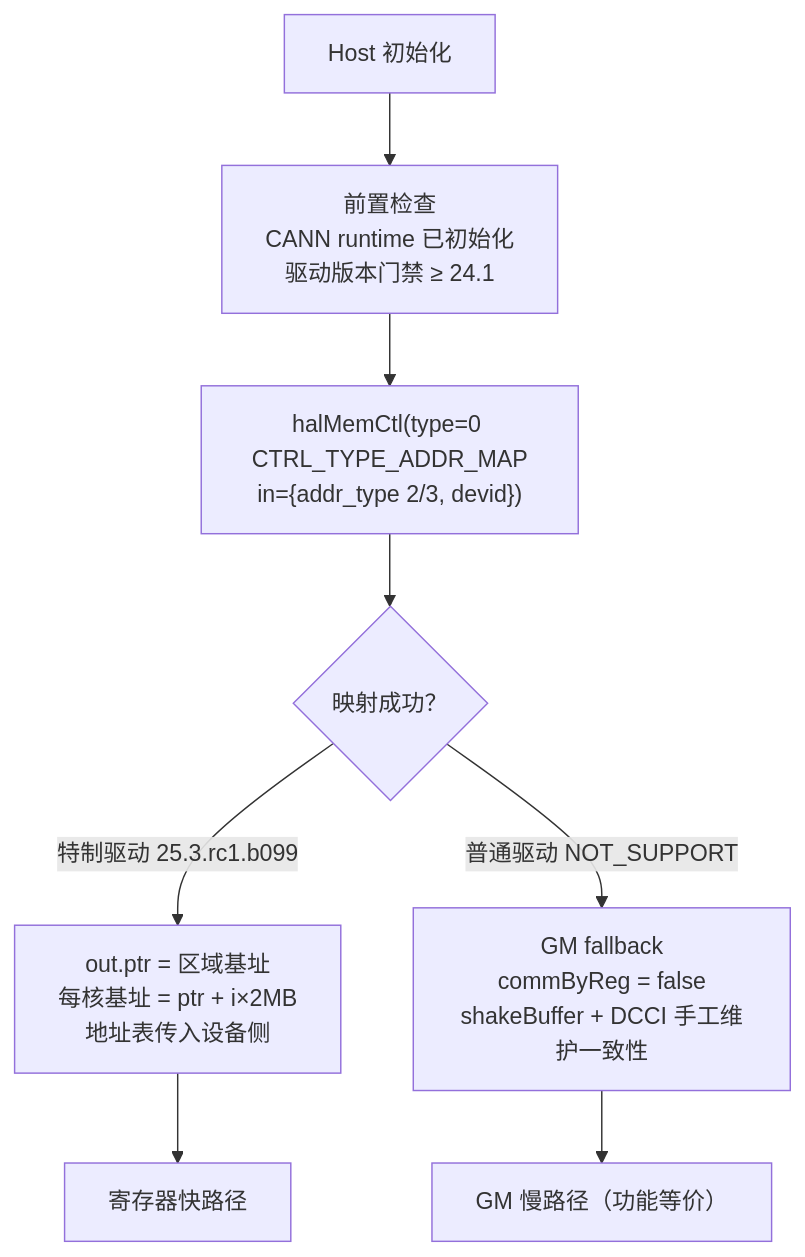
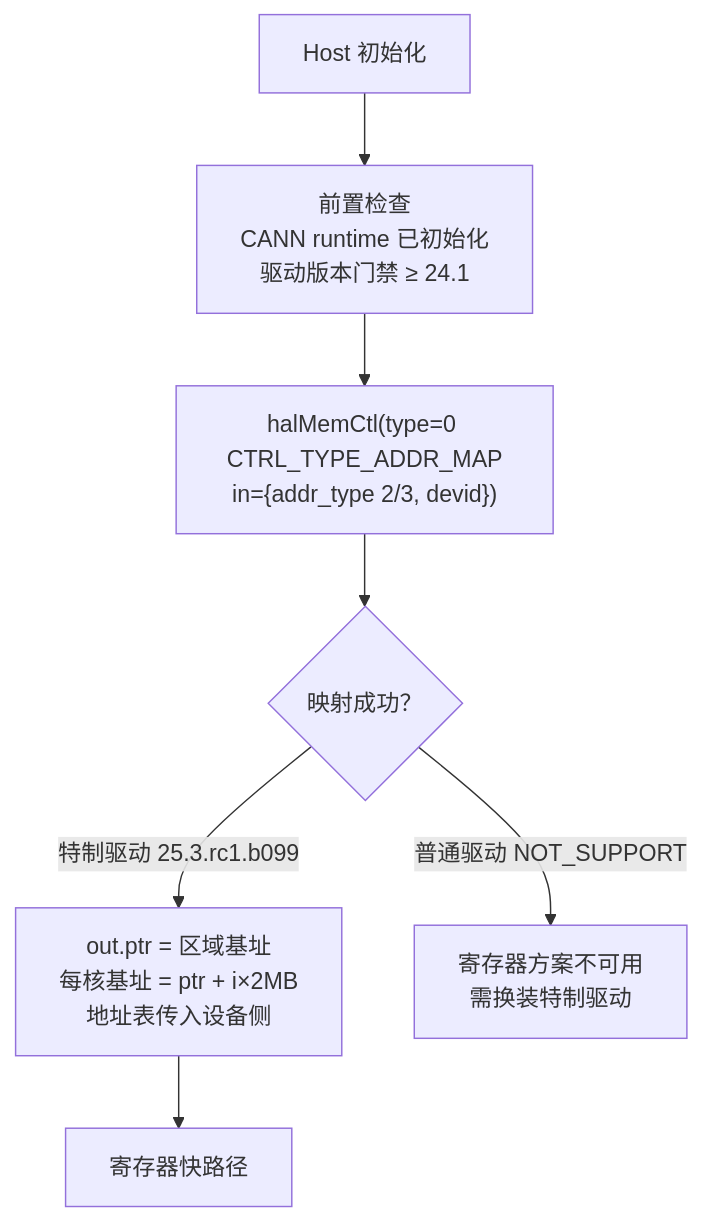
Before and after one commit to 10wvw01/memfabric_hybrid: the second of 6 diagrams in docs/310p/寄存器开放机制与AICPU方案优化机会.md, drawn with Mermaid. The commit also changed other lines of this file, not shown here.

Commit message:
docs(310p): 聚焦寄存器方案去除GM兜底内容 — 删除§2.5通路对照表/架构图与流程图中的fallback分支/降级日志行/D.2自动降级段落；普通驱动后果统一为'不可用，需特制驱动'；保留memfabric现状(GM+dcci为优化对象)与附录C历史修复记录

````diff
--- a/docs/310p/寄存器开放机制与AICPU方案优化机会.md
+++ b/docs/310p/寄存器开放机制与AICPU方案优化机会.md
@@ -79,10 +77,9 @@
 ```mermaid
 flowchart TD
     INIT["Host 初始化"] --> PRE["前置检查<br/>CANN runtime 已初始化<br/>驱动版本门禁 ≥ 24.1"]
     PRE --> CALL["halMemCtl(type=0 CTRL_TYPE_ADDR_MAP<br/>in={addr_type 2/3, devid})"]
     CALL --> OK{"映射成功？"}
     OK -->|"特制驱动 25.3.rc1.b099"| REGBASE["out.ptr = 区域基址<br/>每核基址 = ptr + i×2MB<br/>地址表传入设备侧"]
-    OK -->|"普通驱动 NOT_SUPPORT"| GMFB["GM fallback<br/>commByReg = false<br/>shakeBuffer + DCCI 手工维护一致性"]
+    OK -->|"普通驱动 NOT_SUPPORT"| NA["寄存器方案不可用<br/>需换装特制驱动"]
     REGBASE --> FAST["寄存器快路径"]
-    GMFB --> SLOW["GM 慢路径（功能等价）"]
 ```
````
